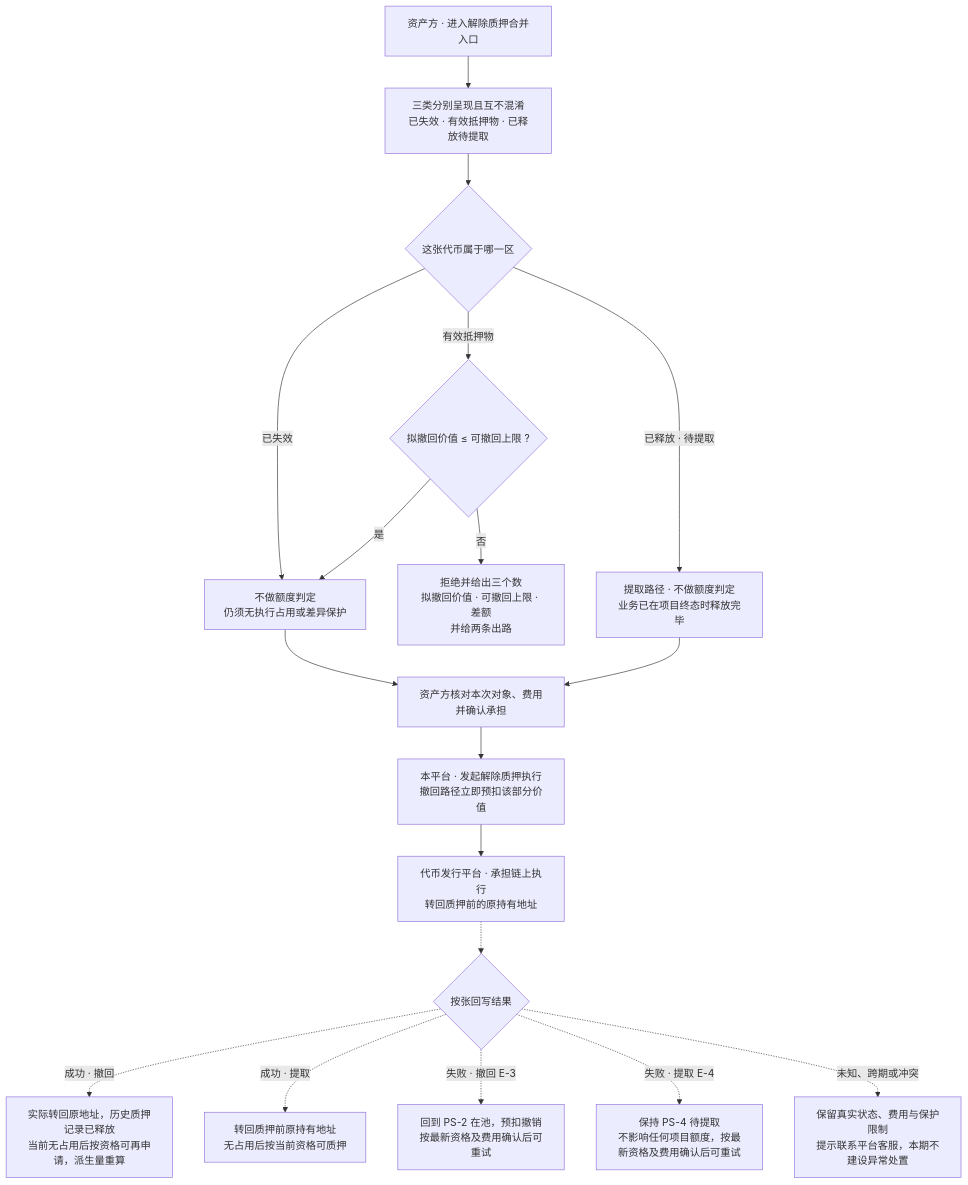
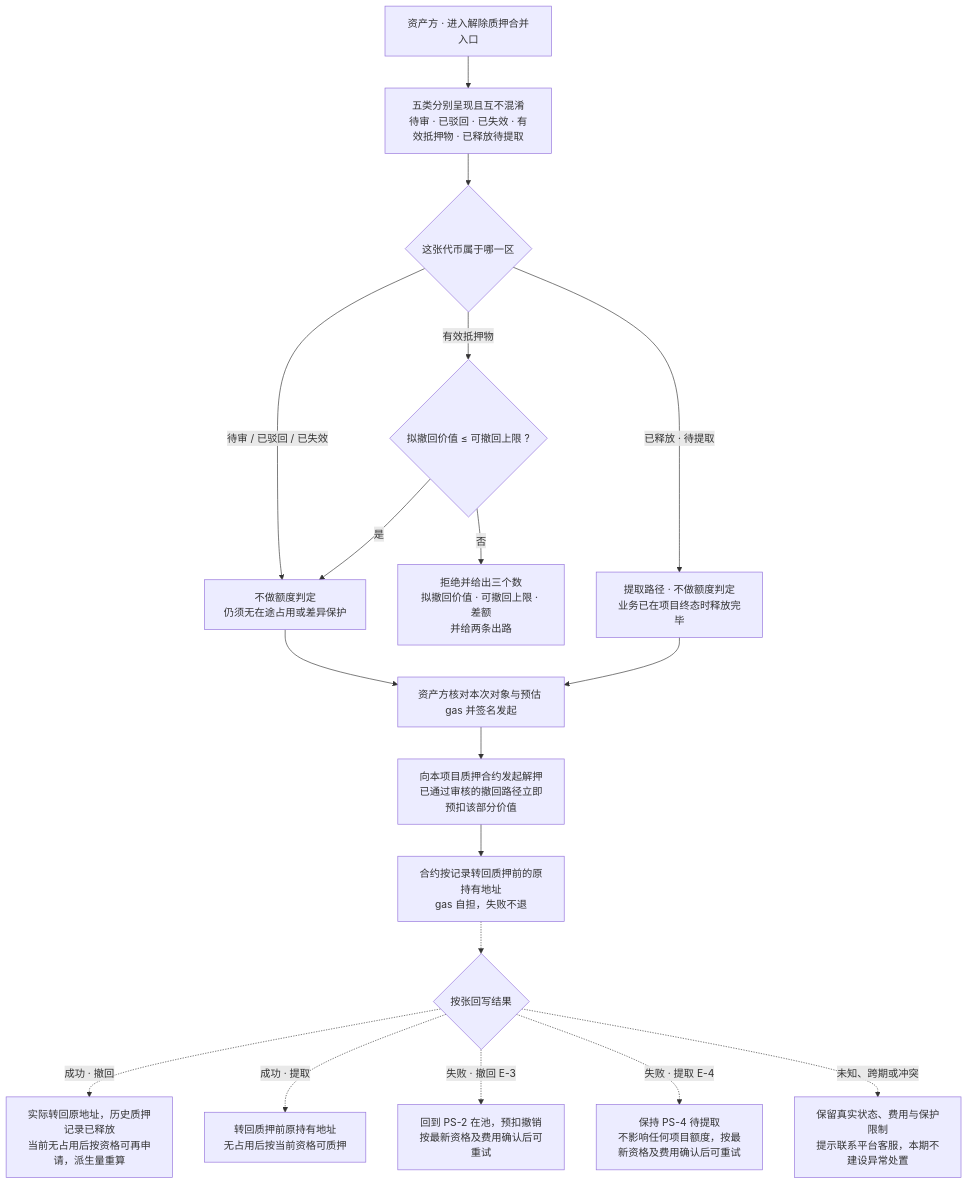
One commit to wxblockchain/Chain-Financing changed the third of 10 diagrams in lending-platform/PRD/v1.0-借贷广场-融资需求与代币质押/02-融资需求与代币质押-流程图与状态机.md. Above: the diagram before and after it, drawn with Mermaid. The commit also changed other lines of this file and 5 other files, not shown here.

````diff
--- a/lending-platform/PRD/v1.0-借贷广场-融资需求与代币质押/02-融资需求与代币质押-流程图与状态机.md
+++ b/lending-platform/PRD/v1.0-借贷广场-融资需求与代币质押/02-融资需求与代币质押-流程图与状态机.md
@@ -97,20 +101,20 @@
 ```mermaid
 flowchart TD
-  A["资产方 · 进入解除质押合并入口"] --> B["三类分别呈现且互不混淆<br/>已失效 · 有效抵押物 · 已释放待提取"]
+  A["资产方 · 进入解除质押合并入口"] --> B["五类分别呈现且互不混淆<br/>待审 · 已驳回 · 已失效 · 有效抵押物 · 已释放待提取"]
   B --> C{"这张代币属于哪一区"}
-  C -- "已失效" --> D["不做额度判定<br/>仍须无执行占用或差异保护"]
+  C -- "待审 / 已驳回 / 已失效" --> D["不做额度判定<br/>仍须无在途占用或差异保护"]
   C -- "有效抵押物" --> E{"拟撤回价值 ≤ 可撤回上限 ?"}
   E -- "否" --> F["拒绝并给出三个数<br/>拟撤回价值 · 可撤回上限 · 差额<br/>并给两条出路"]
   E -- "是" --> D
   C -- "已释放 · 待提取" --> G["提取路径 · 不做额度判定<br/>业务已在项目终态时释放完毕"]
-  D --> CONF["资产方核对本次对象、费用并确认承担"]
-  CONF --> H["本平台 · 发起解除质押执行<br/>撤回路径立即预扣该部分价值"]
+  D --> CONF["资产方核对本次对象与预估 gas 并签名发起"]
+  CONF --> H["向本项目质押合约发起解押<br/>已通过审核的撤回路径立即预扣该部分价值"]
   G --> CONF
-  H --> I["代币发行平台 · 承担链上执行<br/>转回质押前的原持有地址"]
+  H --> I["合约按记录转回质押前的原持有地址<br/>gas 自担，失败不退"]
   I -.-> J{"按张回写结果"}
   J -. "成功 · 撤回" .-> K["实际转回原地址，历史质押记录已释放<br/>当前无占用后按资格可再申请，派生量重算"]
   J -. "成功 · 提取" .-> L["转回质押前原持有地址<br/>无占用后按当前资格可质押"]
   J -. "失败 · 撤回 E-3" .-> M["回到 PS-2 在池，预扣撤销<br/>按最新资格及费用确认后可重试"]
   J -. "失败 · 提取 E-4" .-> N["保持 PS-4 待提取<br/>不影响任何项目额度，按最新资格及费用确认后可重试"]
   J -. "未知、跨期或冲突" .-> O["保留真实状态、费用与保护限制<br/>提示联系平台客服，本期不建设异常处置"]
 ```
````
